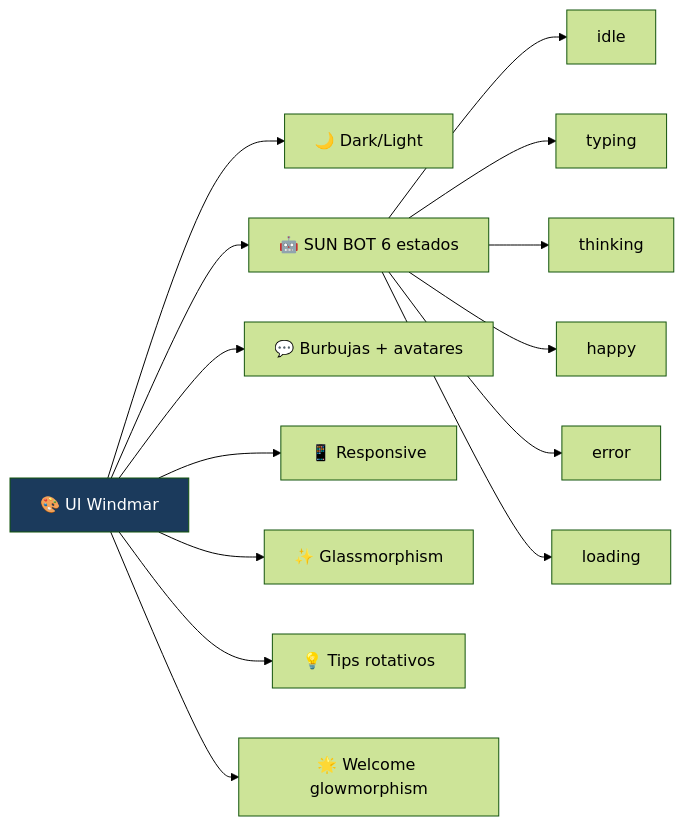
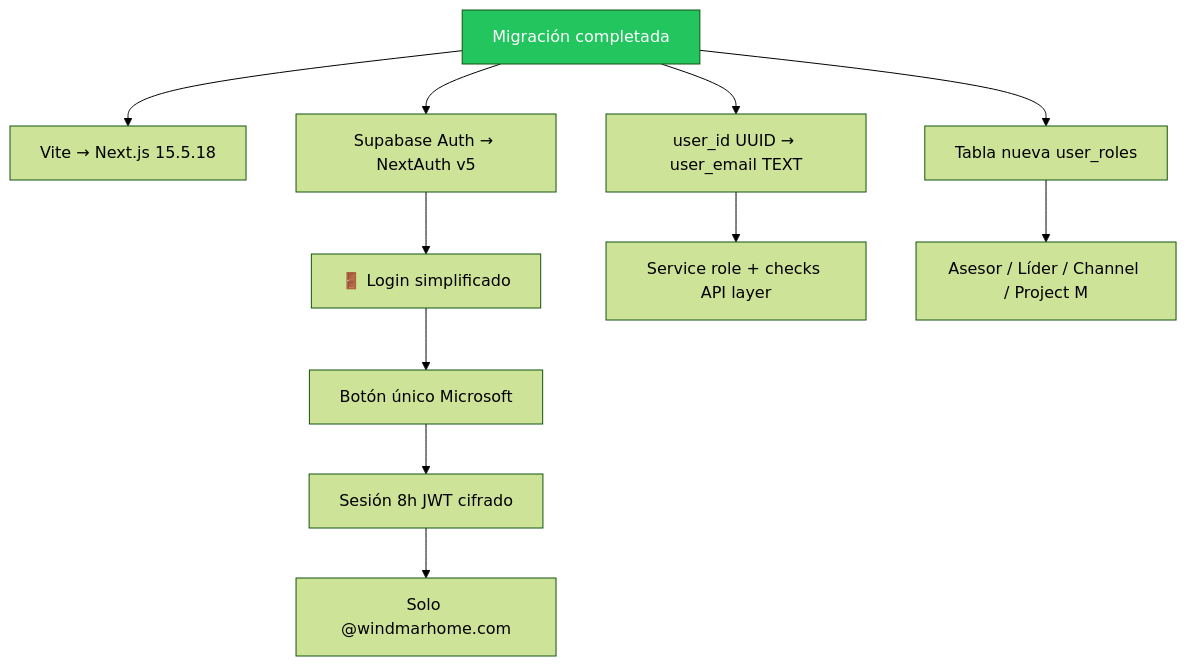
The fourth of 9 diagrams in ROADMAP.md (JnSbstnRivera/WINDMAR-AI-AGENT), drawn with Mermaid (forest theme) before and after one commit. The commit also changed other lines of this file, not shown here.

Commit message:
docs: actualizar ROADMAP con todos los cambios del 8 mayo (lanzamiento definitivo)

````diff
--- a/ROADMAP.md
+++ b/ROADMAP.md
@@ -159,20 +121,18 @@
 ```mermaid
-flowchart LR
-    UI[🎨 UI Windmar]
-    UI --> D1[🌙 Dark/Light]
-    UI --> D2[🤖 SUN BOT 6 estados]
-    UI --> D3[💬 Burbujas + avatares]
-    UI --> D4[📱 Responsive]
-    UI --> D5[✨ Glassmorphism]
-    UI --> D6[💡 Tips rotativos]
-    UI --> D7[🌟 Welcome glowmorphism]
+flowchart TD
+    Migration[Migración completada]
+    Migration --> M1[Vite → Next.js 15.5.18]
+    Migration --> M2[Supabase Auth → NextAuth v5]
+    Migration --> M3[user_id UUID → user_email TEXT]
+    Migration --> M4[Tabla nueva user_roles]
 
-    D2 --> S1[idle]
-    D2 --> S2[typing]
-    D2 --> S3[thinking]
-    D2 --> S4[happy]
-    D2 --> S5[error]
-    D2 --> S6[loading]
+    M2 --> Login[🚪 Login simplificado]
+    Login --> L1[Botón único Microsoft]
+    L1 --> L2[Sesión 8h JWT cifrado]
+    L2 --> L3[Solo @windmarhome.com]
 
-    style UI fill:#1B3A5C,color:#fff
+    M3 --> DB1[Service role + checks API layer]
+    M4 --> Roles[Asesor / Líder / Channel / Project M]
+
+    style Migration fill:#22c55e,color:#fff
 ```
````
